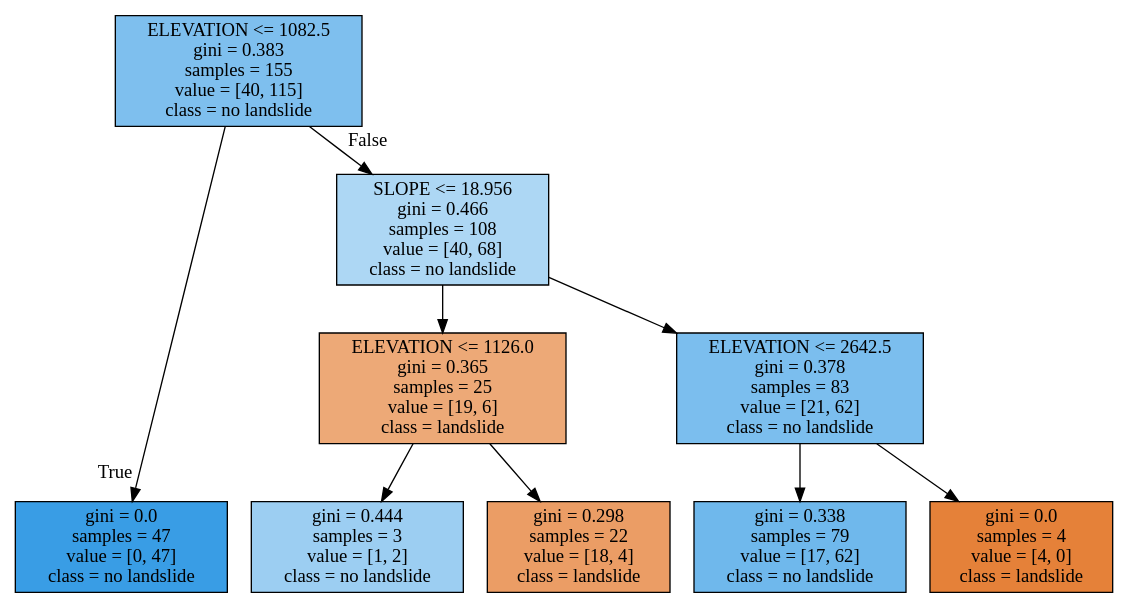
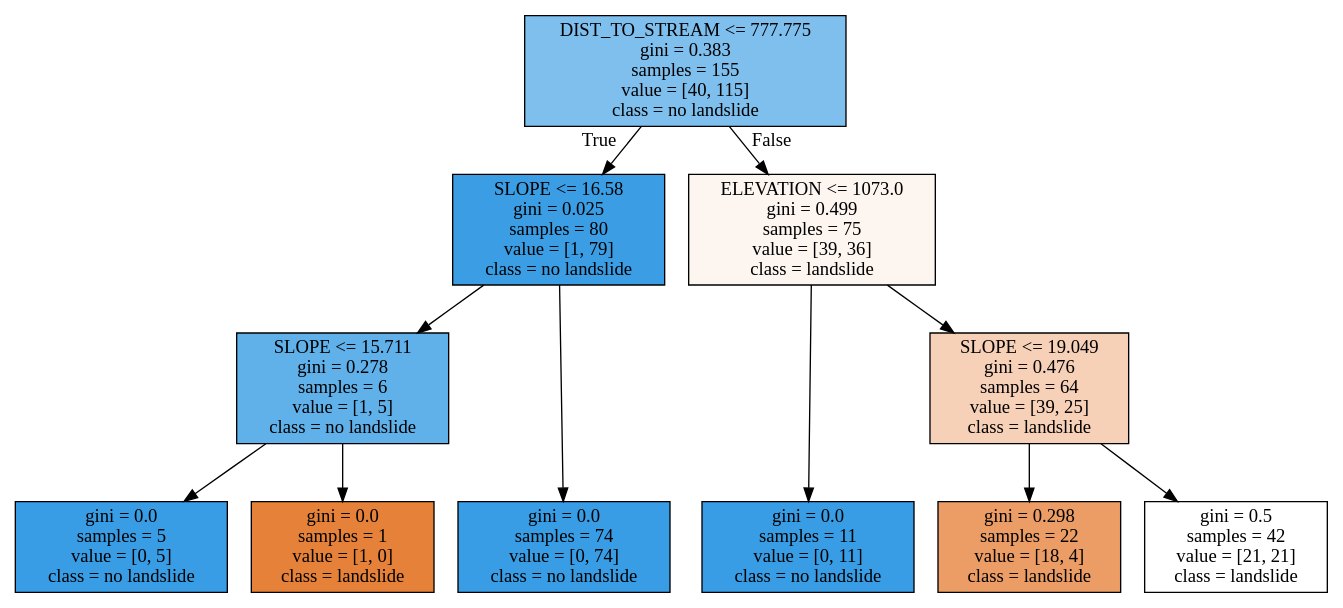
One commit to madelinezug/landslide_classification changed the diagram in tree3.dot. Above: the diagram before and after it, drawn with Graphviz. The commit also changed 5 other files, not shown here.

```diff
--- a/tree3.dot
+++ b/tree3.dot
@@ -1,25 +1,29 @@
 digraph Tree {
 node [shape=box, style="filled", color="black"] ;
 graph [ranksep=equally, splines=polyline] ;
-0 [label="ELEVATION <= 1082.5\ngini = 0.383\nsamples = 155\nvalue = [40, 115]\nclass = no landslide", fillcolor="#399de5a6"] ;
-1 [label="gini = 0.0\nsamples = 47\nvalue = [0, 47]\nclass = no landslide", fillcolor="#399de5ff"] ;
+0 [label="DIST_TO_STREAM <= 777.775\ngini = 0.383\nsamples = 155\nvalue = [40, 115]\nclass = no landslide", fillcolor="#399de5a6"] ;
+1 [label="SLOPE <= 16.58\ngini = 0.025\nsamples = 80\nvalue = [1, 79]\nclass = no landslide", fillcolor="#399de5fc"] ;
 0 -> 1 [labeldistance=2.5, labelangle=45, headlabel="True"] ;
-2 [label="SLOPE <= 18.956\ngini = 0.466\nsamples = 108\nvalue = [40, 68]\nclass = no landslide", fillcolor="#399de569"] ;
-0 -> 2 [labeldistance=2.5, labelangle=-45, headlabel="False"] ;
-3 [label="ELEVATION <= 1126.0\ngini = 0.365\nsamples = 25\nvalue = [19, 6]\nclass = landslide", fillcolor="#e58139ae"] ;
+2 [label="SLOPE <= 15.711\ngini = 0.278\nsamples = 6\nvalue = [1, 5]\nclass = no landslide", fillcolor="#399de5cc"] ;
+1 -> 2 ;
+3 [label="gini = 0.0\nsamples = 5\nvalue = [0, 5]\nclass = no landslide", fillcolor="#399de5ff"] ;
 2 -> 3 ;
-4 [label="gini = 0.444\nsamples = 3\nvalue = [1, 2]\nclass = no landslide", fillcolor="#399de57f"] ;
-3 -> 4 ;
-5 [label="gini = 0.298\nsamples = 22\nvalue = [18, 4]\nclass = landslide", fillcolor="#e58139c6"] ;
-3 -> 5 ;
-6 [label="ELEVATION <= 2642.5\ngini = 0.378\nsamples = 83\nvalue = [21, 62]\nclass = no landslide", fillcolor="#399de5a9"] ;
-2 -> 6 ;
-7 [label="gini = 0.338\nsamples = 79\nvalue = [17, 62]\nclass = no landslide", fillcolor="#399de5b9"] ;
+4 [label="gini = 0.0\nsamples = 1\nvalue = [1, 0]\nclass = landslide", fillcolor="#e58139ff"] ;
+2 -> 4 ;
+5 [label="gini = 0.0\nsamples = 74\nvalue = [0, 74]\nclass = no landslide", fillcolor="#399de5ff"] ;
+1 -> 5 ;
+6 [label="ELEVATION <= 1073.0\ngini = 0.499\nsamples = 75\nvalue = [39, 36]\nclass = landslide", fillcolor="#e5813914"] ;
+0 -> 6 [labeldistance=2.5, labelangle=-45, headlabel="False"] ;
+7 [label="gini = 0.0\nsamples = 11\nvalue = [0, 11]\nclass = no landslide", fillcolor="#399de5ff"] ;
 6 -> 7 ;
-8 [label="gini = 0.0\nsamples = 4\nvalue = [4, 0]\nclass = landslide", fillcolor="#e58139ff"] ;
+8 [label="SLOPE <= 19.049\ngini = 0.476\nsamples = 64\nvalue = [39, 25]\nclass = landslide", fillcolor="#e581395c"] ;
 6 -> 8 ;
+9 [label="gini = 0.298\nsamples = 22\nvalue = [18, 4]\nclass = landslide", fillcolor="#e58139c6"] ;
+8 -> 9 ;
+10 [label="gini = 0.5\nsamples = 42\nvalue = [21, 21]\nclass = landslide", fillcolor="#e5813900"] ;
+8 -> 10 ;
 {rank=same ; 0} ;
-{rank=same ; 2} ;
-{rank=same ; 3; 6} ;
-{rank=same ; 1; 4; 5; 7; 8} ;
+{rank=same ; 1; 6} ;
+{rank=same ; 2; 8} ;
+{rank=same ; 3; 4; 5; 7; 9; 10} ;
 }
```
